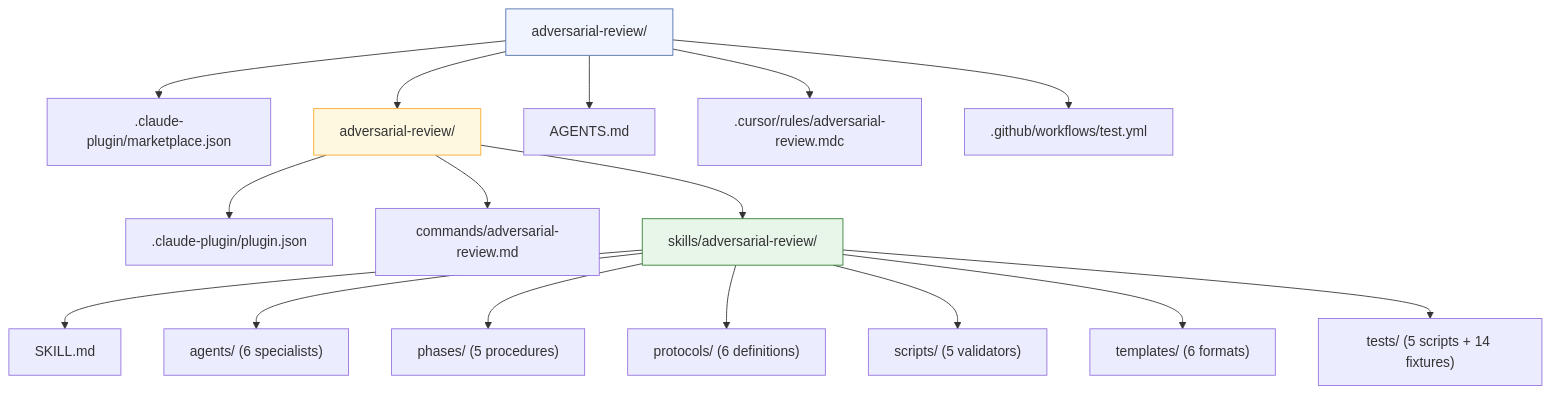
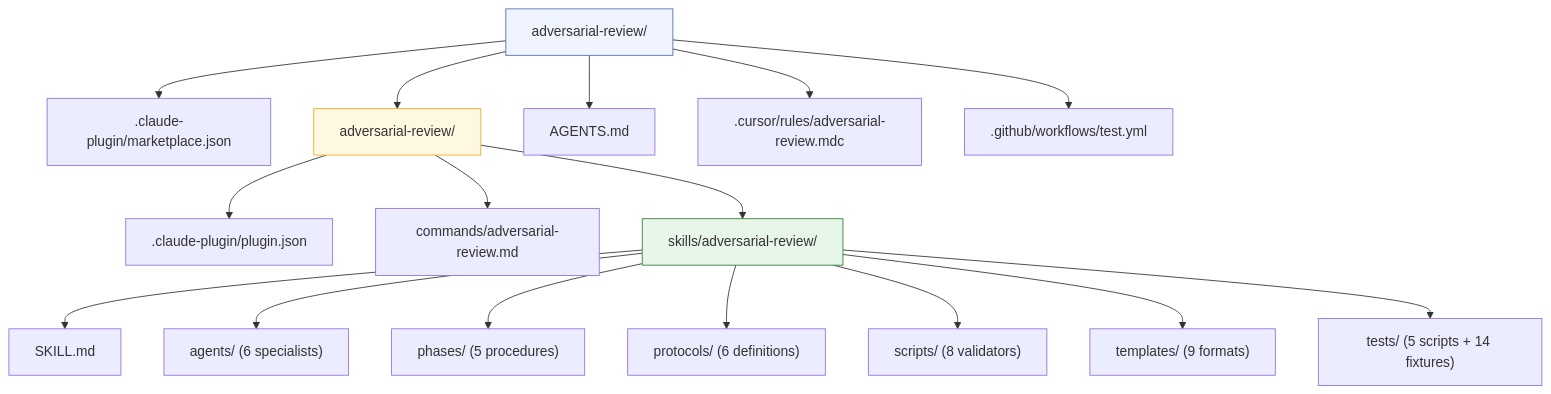
One commit to ugiordan/adversarial-reviewing changed the sixth of 6 diagrams in README.md. Above: the diagram before and after it, drawn with Mermaid. The commit also changed other lines of this file and 45 other files, not shown here.

````diff
--- a/README.md
+++ b/README.md
@@ -317,24 +341,24 @@
 ```mermaid
 graph TD
     ROOT["adversarial-review/"] --> MP[".claude-plugin/marketplace.json"]
     ROOT --> PLUGIN["adversarial-review/"]
     ROOT --> AGENTS["AGENTS.md"]
     ROOT --> CURSOR[".cursor/rules/adversarial-review.mdc"]
     ROOT --> CI[".github/workflows/test.yml"]
 
     PLUGIN --> PP[".claude-plugin/plugin.json"]
     PLUGIN --> CMD["commands/adversarial-review.md"]
     PLUGIN --> SKILL["skills/adversarial-review/"]
 
     SKILL --> SKILLMD["SKILL.md"]
     SKILL --> AG["agents/ (6 specialists)"]
     SKILL --> PH["phases/ (5 procedures)"]
     SKILL --> PR["protocols/ (6 definitions)"]
-    SKILL --> SC["scripts/ (5 validators)"]
-    SKILL --> TM["templates/ (6 formats)"]
+    SKILL --> SC["scripts/ (8 validators)"]
+    SKILL --> TM["templates/ (9 formats)"]
     SKILL --> TS["tests/ (5 scripts + 14 fixtures)"]
 
     style ROOT fill:#f0f4ff,stroke:#4a6fa5
     style SKILL fill:#e8f5e9,stroke:#2e7d32
     style PLUGIN fill:#fff8e1,stroke:#f9a825
 ```
````
